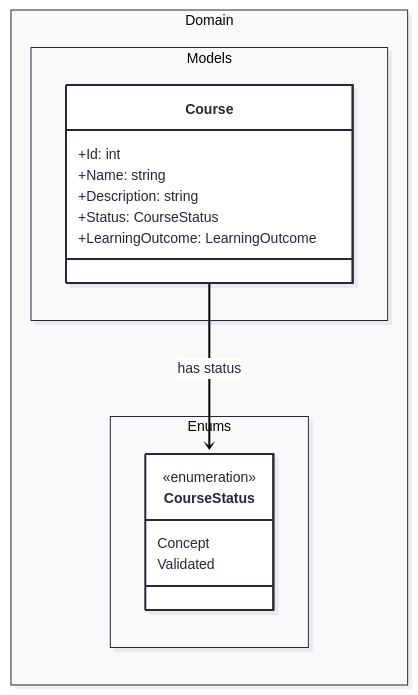
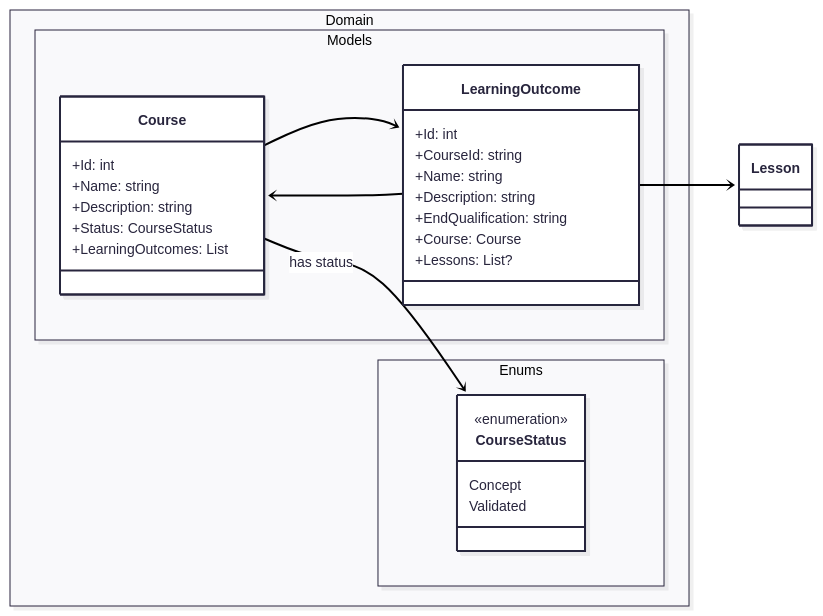
One commit to kelvin0307/oose changed the diagram in Domain/Diagrams/Domain.mermaid. Above: the diagram before and after it, drawn with Mermaid. The commit also changed 3 other files, not shown here.

Commit message:
Updated diagrams

```diff
--- a/Domain/Diagrams/Domain.mermaid
+++ b/Domain/Diagrams/Domain.mermaid
@@ -1,28 +1,41 @@
 ---
 config:
   look: neo
   theme: redux
   layout: dagre
 ---
 classDiagram
 direction LR  
    namespace Domain.Models {
         class Course {
             +Id: int
             +Name: string
             +Description: string
             +Status: CourseStatus
-            +LearningOutcome: LearningOutcome
+            +LearningOutcomes: List<LearningOutcome>
+       }
+
+       class LearningOutcome {
+            +Id: int
+            +CourseId: string
+            +Name: string
+            +Description: string
+            +EndQualification: string
+            +Course: Course
+            +Lessons: List<Lessons>?
        }
     }
 
     namespace Domain.Enums {
         class CourseStatus{
             <<enumeration>>
             Concept
             Validated
         }
     }
 
 %% Relations
     Course --> CourseStatus : has status
+    Course --> LearningOutcome
+    LearningOutcome --> Course
+    LearningOutcome --> Lesson
```
